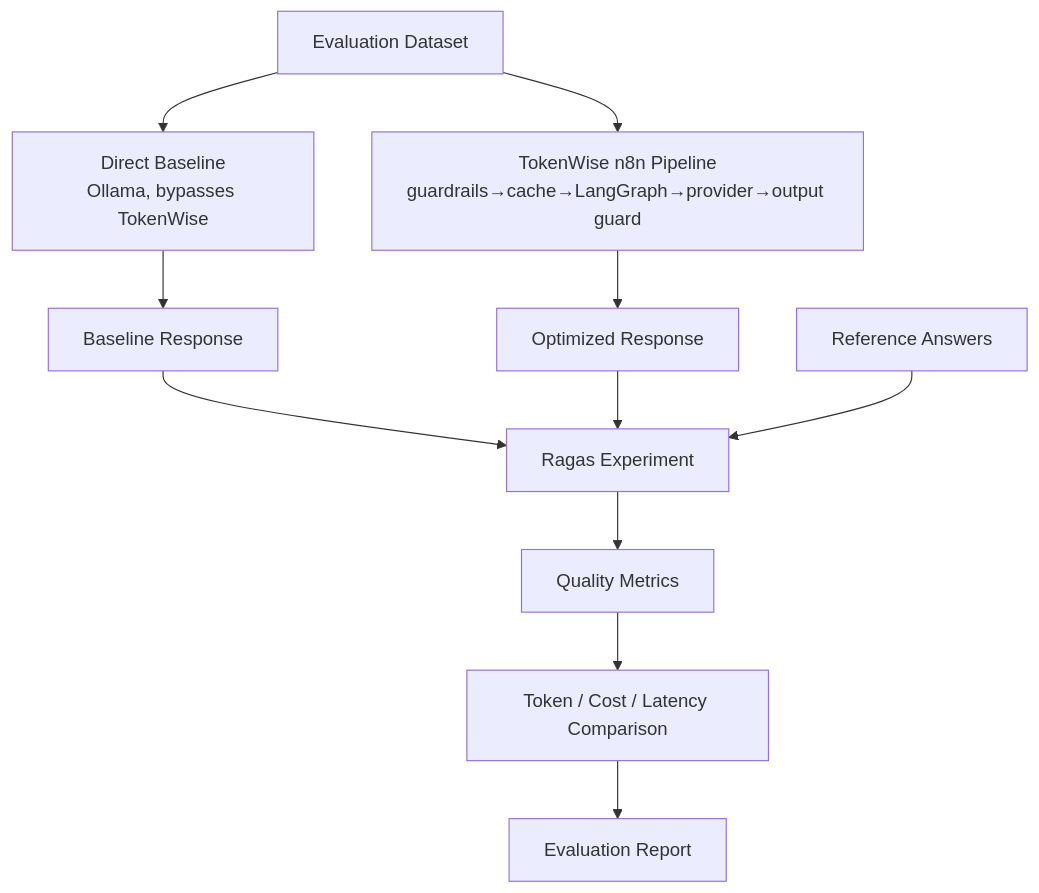
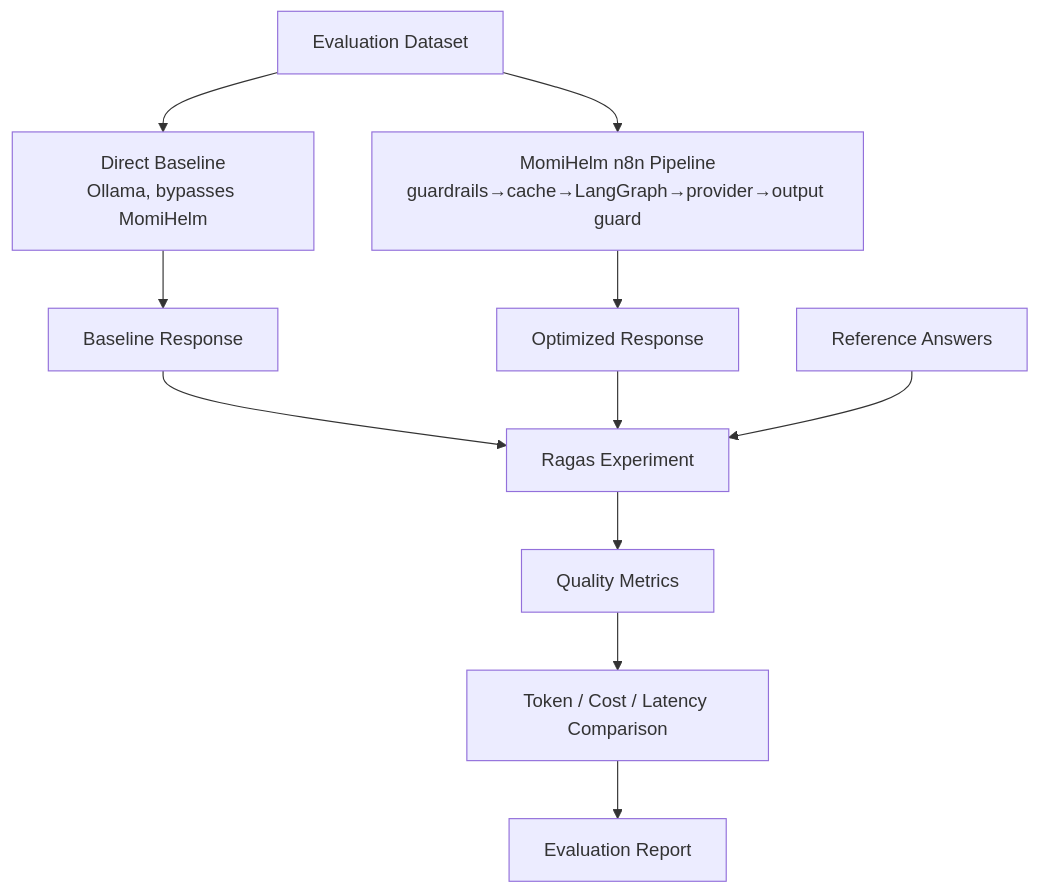
The fifth of 5 diagrams in docs/architecture.md (tomeryoel/tokenwise), drawn with Mermaid before and after one commit. The commit also changed other lines of this file and 43 other files, not shown here.

Commit message:
refactor(brand): rename product surfaces to MomiHelm

````diff
--- a/docs/architecture.md
+++ b/docs/architecture.md
@@ -232,13 +232,13 @@
 ```mermaid
 flowchart TD
-  DS[Evaluation Dataset] --> B[Direct Baseline\nOllama, bypasses TokenWise]
-  DS --> T[TokenWise n8n Pipeline\nguardrails→cache→LangGraph→provider→output guard]
+  DS[Evaluation Dataset] --> B[Direct Baseline\nOllama, bypasses MomiHelm]
+  DS --> T[MomiHelm n8n Pipeline\nguardrails→cache→LangGraph→provider→output guard]
   B --> BR[Baseline Response]
   T --> OR[Optimized Response]
   BR --> R[Ragas Experiment]
   OR --> R
   REF[Reference Answers] --> R
   R --> QM[Quality Metrics]
   QM --> CMP[Token / Cost / Latency Comparison]
   CMP --> REP[Evaluation Report]
 ```
````
